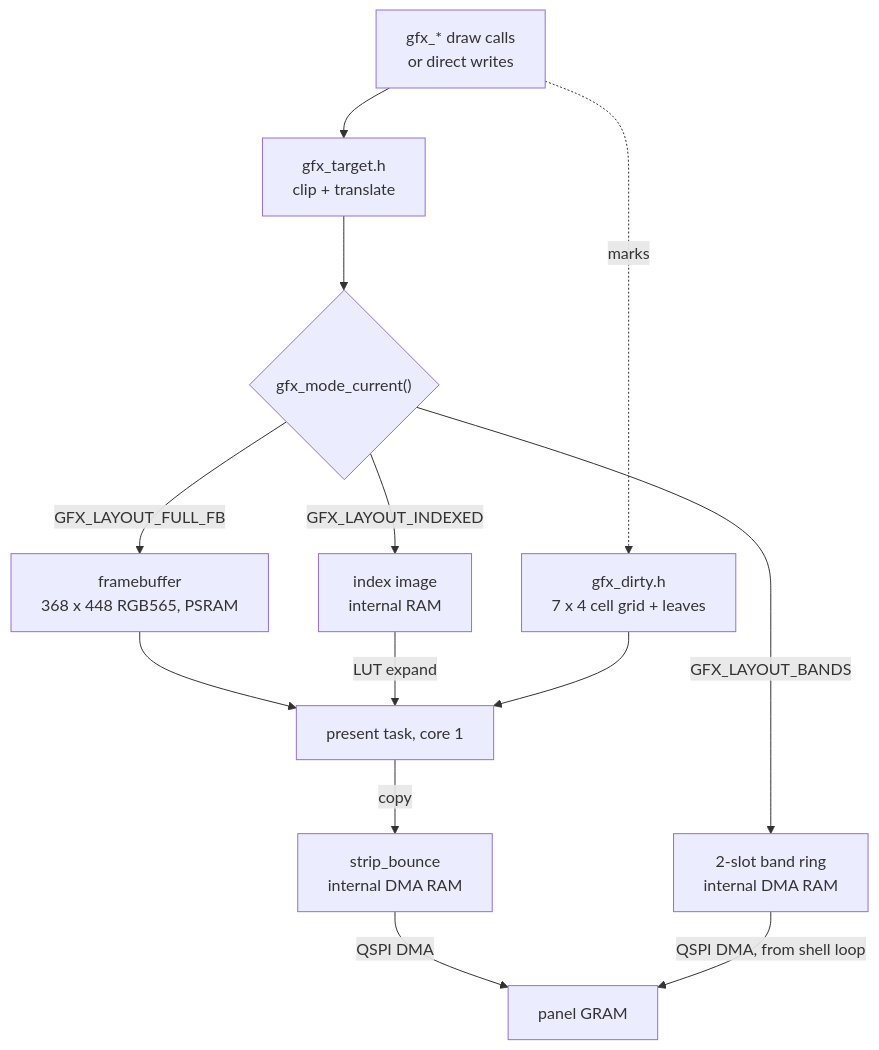
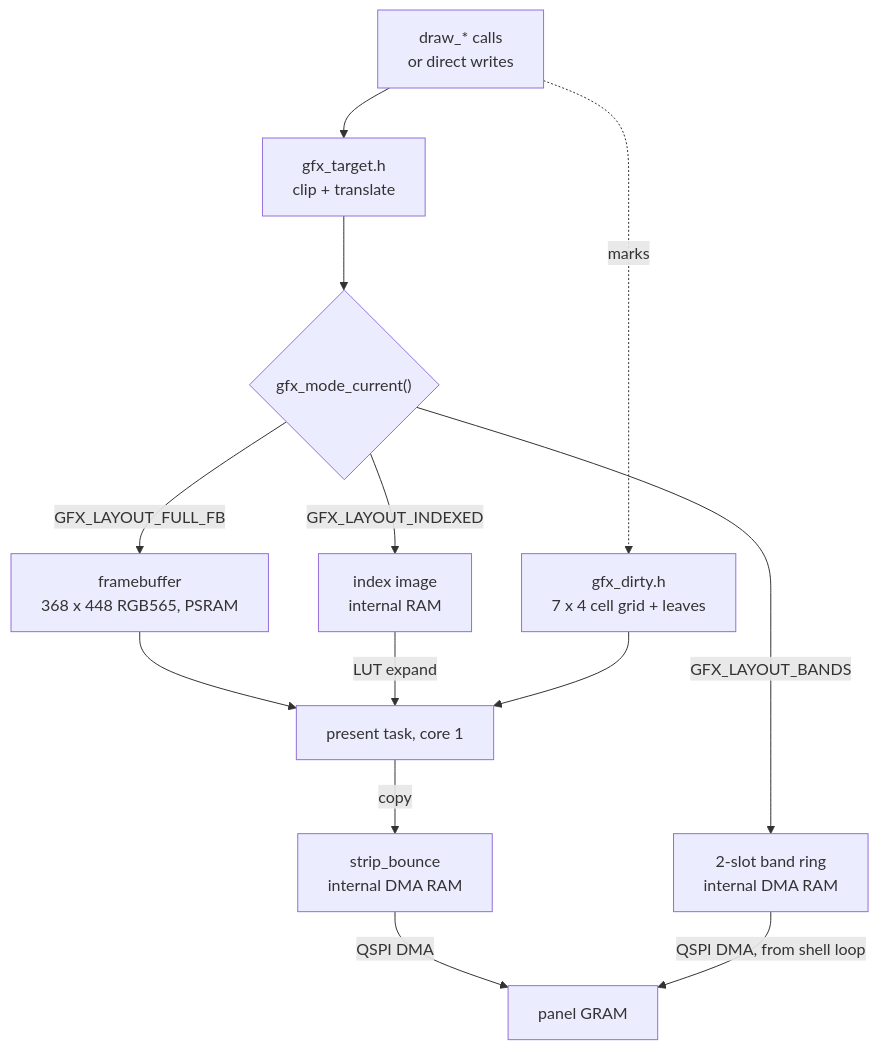
The first of 4 diagrams in docs/Gfx-and-Presentation.md (jose-villegas/autana), drawn with Mermaid before and after one commit. The commit also changed 10 other files, not shown here.

Commit message:
gfx: every public mark call is guarded; the old draw seam moves to present's internal header

````diff
--- a/docs/Gfx-and-Presentation.md
+++ b/docs/Gfx-and-Presentation.md
@@ -33,15 +33,15 @@
 ```mermaid
 flowchart TB
-    DRAW["gfx_* draw calls<br/>or direct writes"] --> TGT["gfx_target.h<br/>clip + translate"]
+    DRAW["draw_* calls<br/>or direct writes"] --> TGT["gfx_target.h<br/>clip + translate"]
     TGT --> SEL{"gfx_mode_current()"}
     SEL -->|"GFX_LAYOUT_FULL_FB"| FB["framebuffer<br/>368 x 448 RGB565, PSRAM"]
     SEL -->|"GFX_LAYOUT_BANDS"| BR["2-slot band ring<br/>internal DMA RAM"]
     SEL -->|"GFX_LAYOUT_INDEXED"| IX["index image<br/>internal RAM"]
     DRAW -.->|"marks"| DT["gfx_dirty.h<br/>7 x 4 cell grid + leaves"]
     FB --> PT["present task, core 1"]
     IX -->|"LUT expand"| PT
     DT --> PT
     PT -->|"copy"| BNC["strip_bounce<br/>internal DMA RAM"]
     BNC -->|"QSPI DMA"| PANEL["panel GRAM"]
     BR -->|"QSPI DMA, from shell loop"| PANEL
 ```
````
